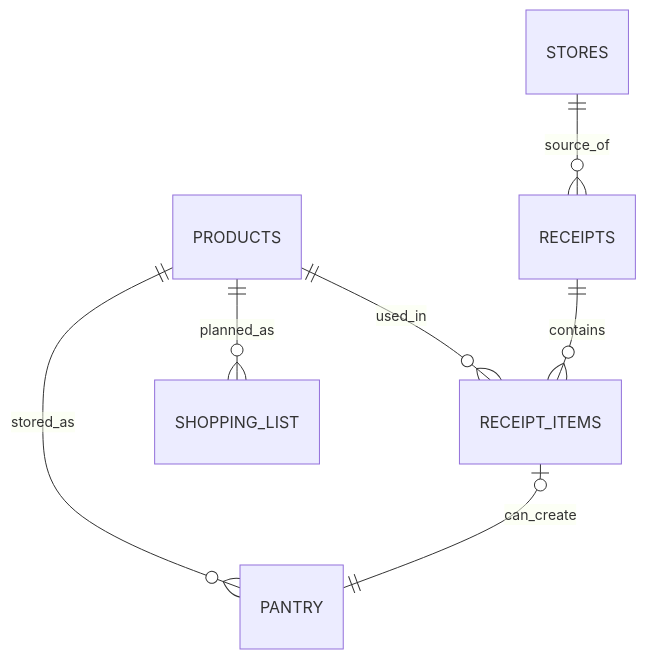
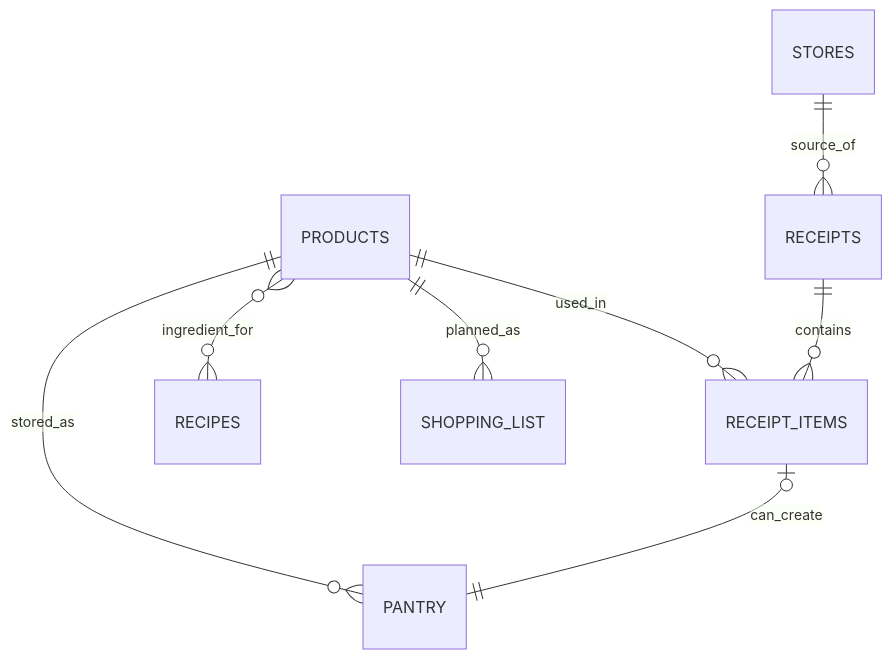
Before and after one commit to smeryse/Knowledge-Base: the diagram in Projects/Еда/Docs/Schema.md, drawn with Mermaid. The commit also changed other lines of this file and 49 other files, not shown here.

````diff
--- a/Projects/Еда/Docs/Schema.md
+++ b/Projects/Еда/Docs/Schema.md
@@ -78,9 +80,10 @@
 ```mermaid
 erDiagram
     PRODUCTS ||--o{ RECEIPT_ITEMS : used_in
+    PRODUCTS }o--o{ RECIPES : ingredient_for
     STORES ||--o{ RECEIPTS : source_of
     RECEIPTS ||--o{ RECEIPT_ITEMS : contains
     PRODUCTS ||--o{ PANTRY : stored_as
     PRODUCTS ||--o{ SHOPPING_LIST : planned_as
     RECEIPT_ITEMS o|--|| PANTRY : can_create
 ```
````
